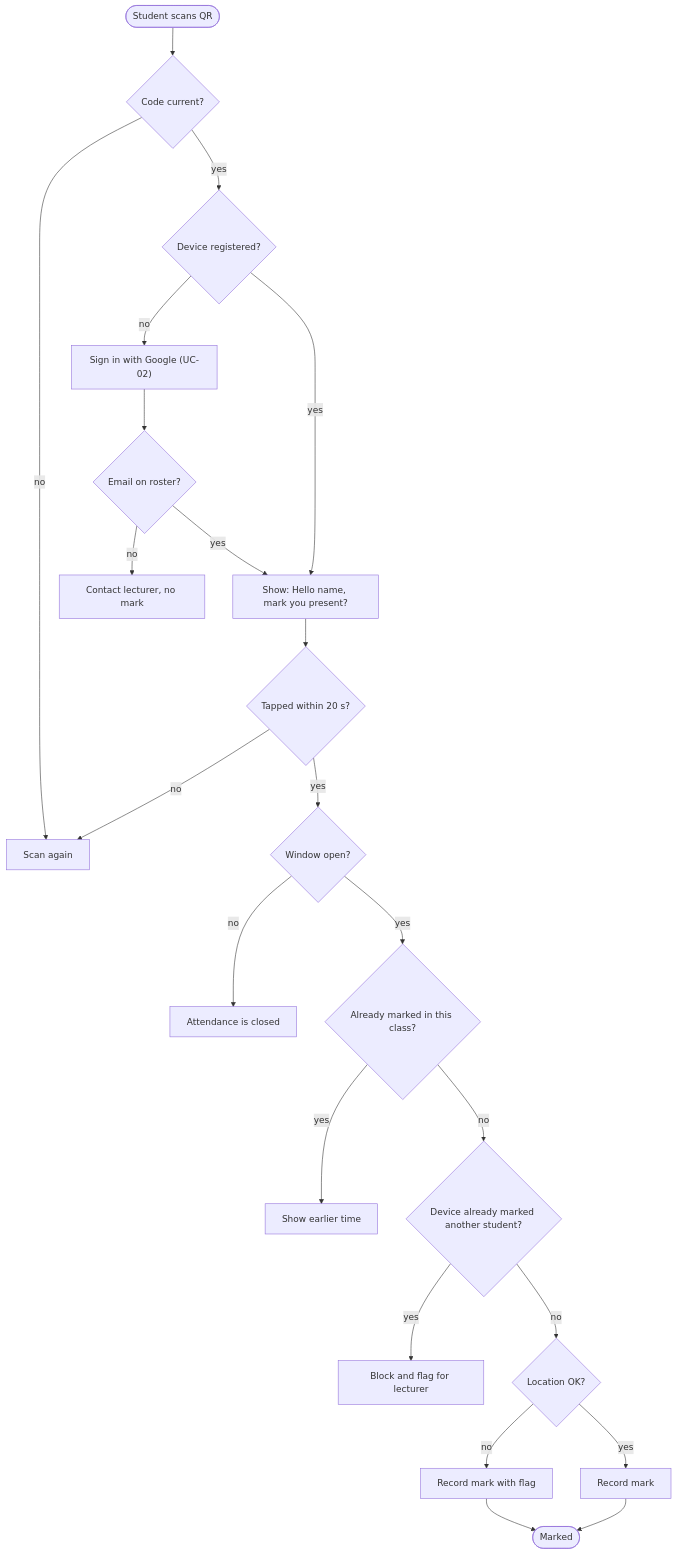
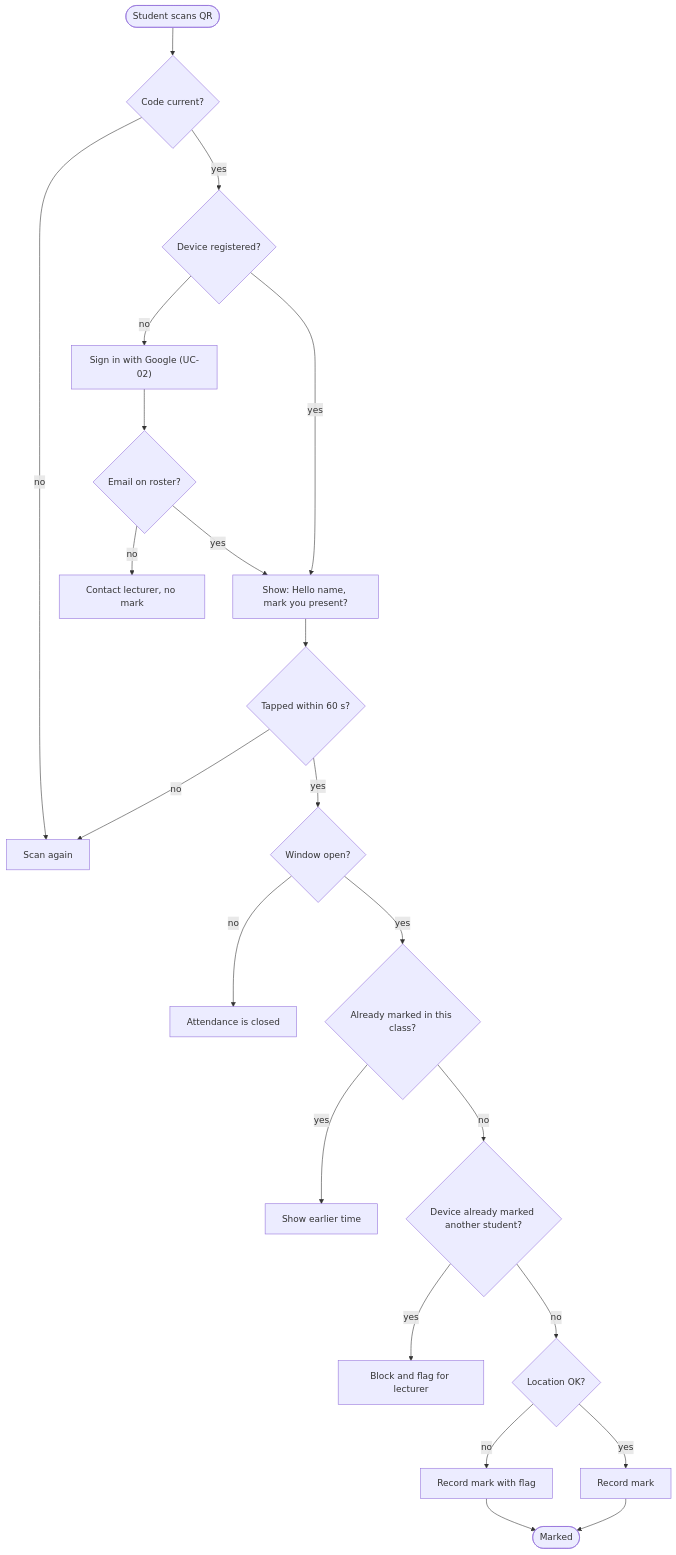
The diagram in docs/use_cases.md (Gashaw-ambaw/Ex2), drawn with Mermaid before and after one commit. The commit also changed other lines of this file and 8 other files, not shown here.

````diff
--- a/docs/use_cases.md
+++ b/docs/use_cases.md
@@ -116,24 +120,24 @@
 ```mermaid
 flowchart TD
   A(["Student scans QR"]) --> B{"Code current?"}
   B -- no --> B1["Scan again"]
   B -- yes --> C{"Device registered?"}
   C -- no --> D["Sign in with Google (UC-02)"]
   D --> E{"Email on roster?"}
   E -- no --> E1["Contact lecturer, no mark"]
   E -- yes --> F
   C -- yes --> F["Show: Hello name, mark you present?"]
-  F --> G{"Tapped within 20 s?"}
+  F --> G{"Tapped within 60 s?"}
   G -- no --> B1
   G -- yes --> H{"Window open?"}
   H -- no --> H1["Attendance is closed"]
   H -- yes --> I{"Already marked in this class?"}
   I -- yes --> I1["Show earlier time"]
   I -- no --> J{"Device already marked another student?"}
   J -- yes --> J1["Block and flag for lecturer"]
   J -- no --> K{"Location OK?"}
   K -- no --> K1["Record mark with flag"]
   K -- yes --> L["Record mark"]
   K1 --> M(["Marked"])
   L --> M
 ```
````
